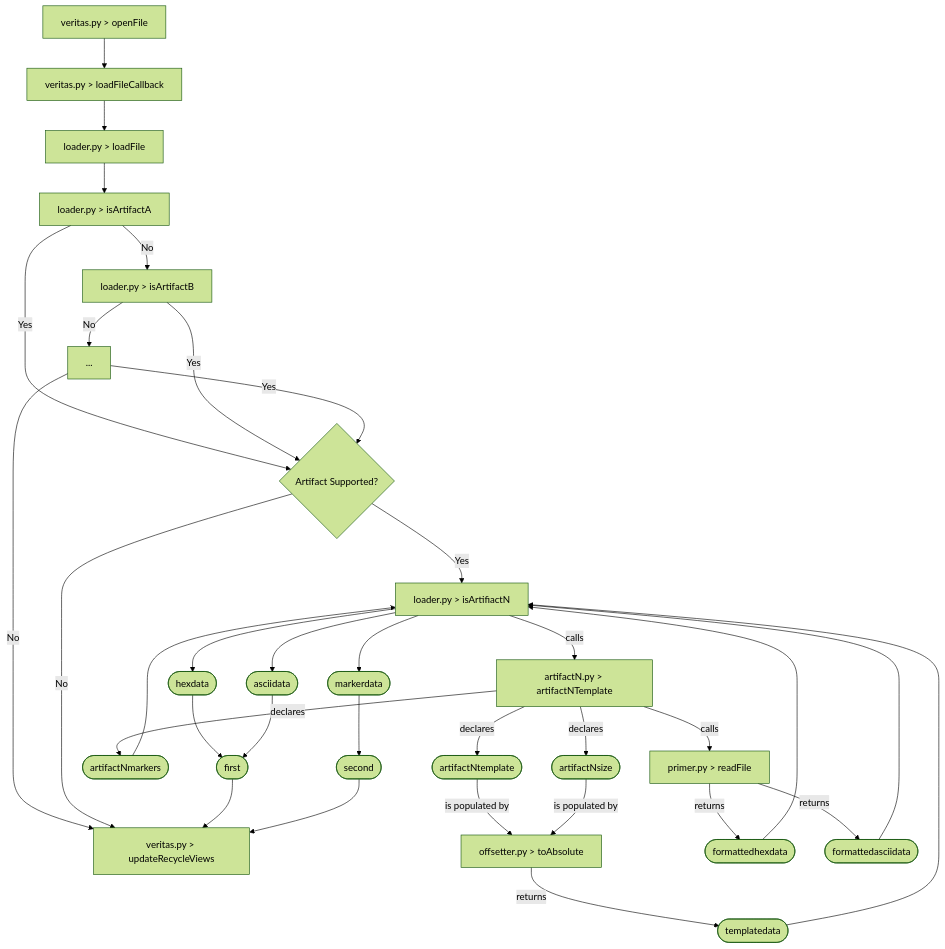
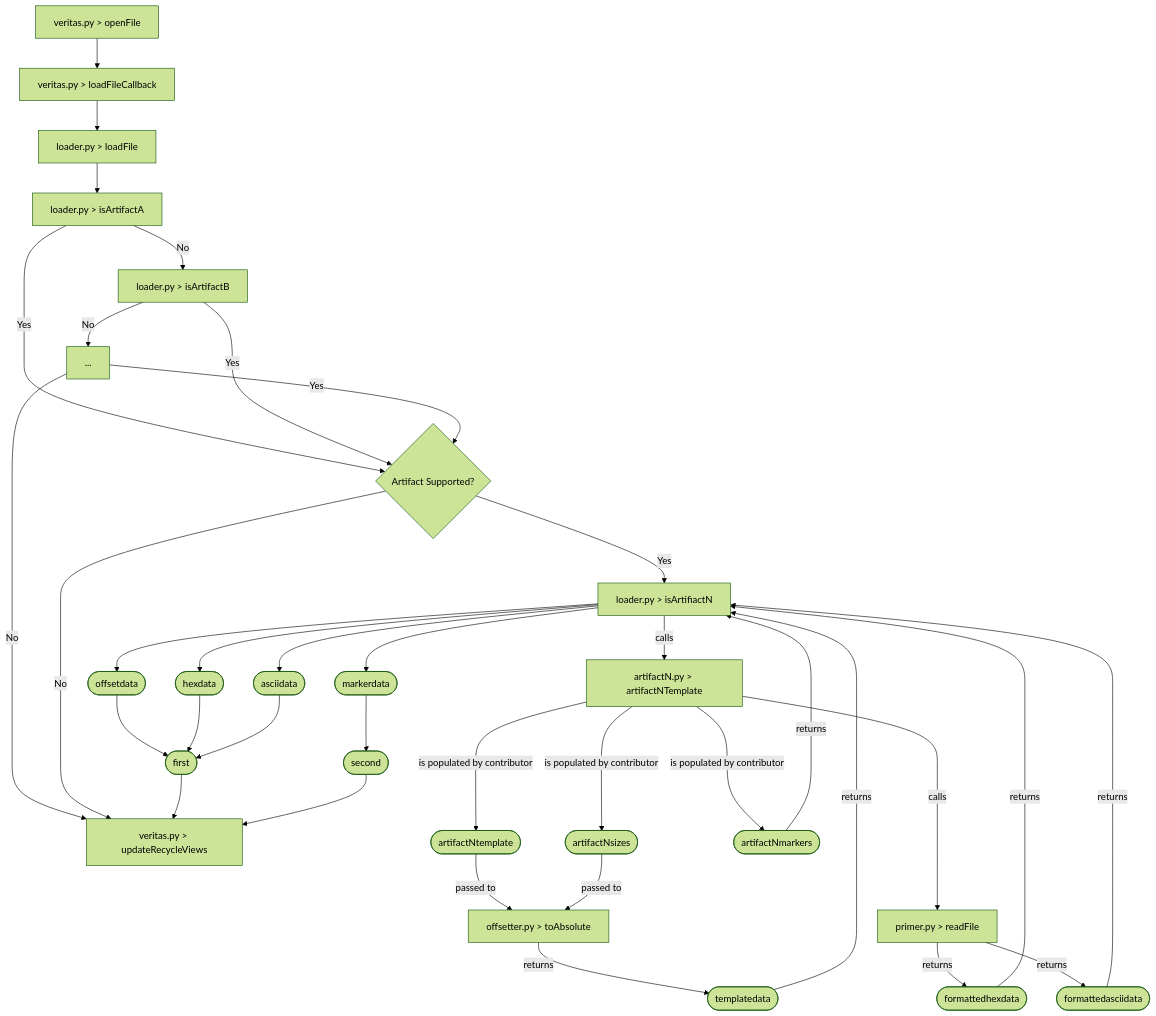
Before and after one commit to nisargsuthar/VeritasDocs: the diagram in docs/Flow.md, drawn with Mermaid (forest theme). The commit also changed other lines of this file, not shown here.

Commit message:
Correct Mermaid Diagram & Update Docs

````diff
--- a/docs/Flow.md
+++ b/docs/Flow.md
@@ -6,43 +6,45 @@
 ``` mermaid
 graph TD
 of[veritas.py > openFile] --> lfcb[veritas.py > loadFileCallback];
 
 lfcb[veritas.py > loadFileCallback] --> lf[loader.py > loadFile];
 lf[loader.py > loadFile] --> aa[loader.py > isArtifactA];
 aa[loader.py > isArtifactA] -->|No| ab[loader.py > isArtifactB];
-ab[loader.py > isArtifactB] -->|No| others[...];
 aa[loader.py > isArtifactA] -->|Yes| as{Artifact Supported?};
 ab[loader.py > isArtifactB] -->|Yes| as{Artifact Supported?};
+ab[loader.py > isArtifactB] -->|No| others[...];
 
 others[...] -->|No| urv[veritas.py > updateRecycleViews];
 others[...] -->|Yes| as{Artifact Supported?};
 as{Artifact Supported?} -->|No| urv[veritas.py > updateRecycleViews];
 as{Artifact Supported?} -->|Yes| an[loader.py > isArtifiactN];
 an[loader.py > isArtifiactN] -->|calls| ant[artifactN.py > artifactNTemplate];
 
-ant[artifactN.py > artifactNTemplate] --> |declares| template([artifactNtemplate]);
-ant[artifactN.py > artifactNTemplate] --> |declares| size([artifactNsize]);
-ant[artifactN.py > artifactNTemplate] --> |declares| markers([artifactNmarkers]);
+ant[artifactN.py > artifactNTemplate] ---> |is populated by contributor| template([artifactNtemplate]);
+ant[artifactN.py > artifactNTemplate] ---> |is populated by contributor| size([artifactNsizes]);
+ant[artifactN.py > artifactNTemplate] ---> |is populated by contributor| markers([artifactNmarkers]);
 
-template([artifactNtemplate]) --> |is populated by| abs[offsetter.py > toAbsolute];
-size([artifactNsize]) --> |is populated by| abs[offsetter.py > toAbsolute];
+template([artifactNtemplate]) --> |passed to| abs[offsetter.py > toAbsolute];
+size([artifactNsizes]) --> |passed to| abs[offsetter.py > toAbsolute];
 abs[offsetter.py > toAbsolute] --> |returns| tdata([templatedata]);
-tdata([templatedata]) -->  an[loader.py > isArtifiactN];
-markers([artifactNmarkers]) --> an[loader.py > isArtifiactN];
+tdata([templatedata]) --> |returns| an[loader.py > isArtifiactN];
+markers([artifactNmarkers]) --> |returns| an[loader.py > isArtifiactN];
 
-ant[artifactN.py > artifactNTemplate] --> |calls| rf[primer.py > readFile];
+ant[artifactN.py > artifactNTemplate] ----> |calls| rf[primer.py > readFile];
 rf[primer.py > readFile] --> |returns| fhd([formattedhexdata]);
 rf[primer.py > readFile] --> |returns| fad([formattedasciidata]);
 
-fhd([formattedhexdata]) --> an[loader.py > isArtifiactN];
-fad([formattedasciidata]) --> an[loader.py > isArtifiactN];
+fhd([formattedhexdata]) --> |returns| an[loader.py > isArtifiactN];
+fad([formattedasciidata]) --> |returns| an[loader.py > isArtifiactN];
 
+an[loader.py > isArtifiactN] --> od([offsetdata]);
 an[loader.py > isArtifiactN] --> hd([hexdata]);
 an[loader.py > isArtifiactN] --> ad([asciidata]);
 an[loader.py > isArtifiactN] --> md([markerdata]);
+od([offsetdata]) --> f([first]);
 hd([hexdata]) --> f([first]);
 ad([asciidata]) --> f([first]);
 md([markerdata]) --> s([second]);
 f([first]) --> urv[veritas.py > updateRecycleViews];
 s([second]) --> urv[veritas.py > updateRecycleViews];
 ```
````
